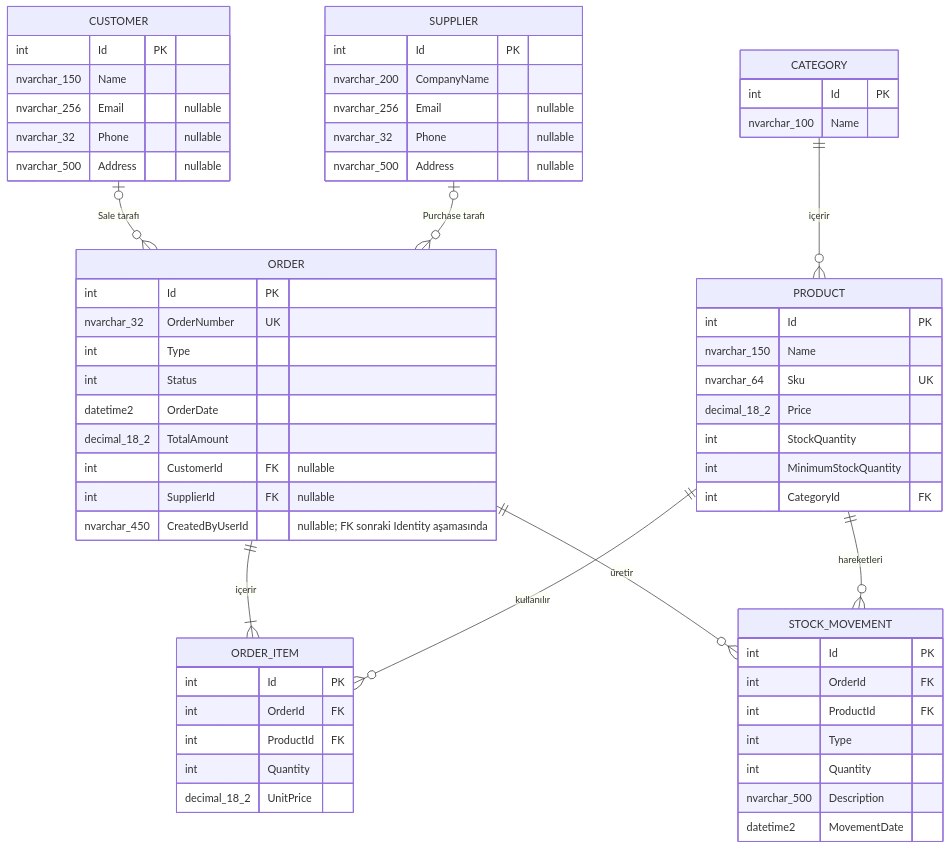
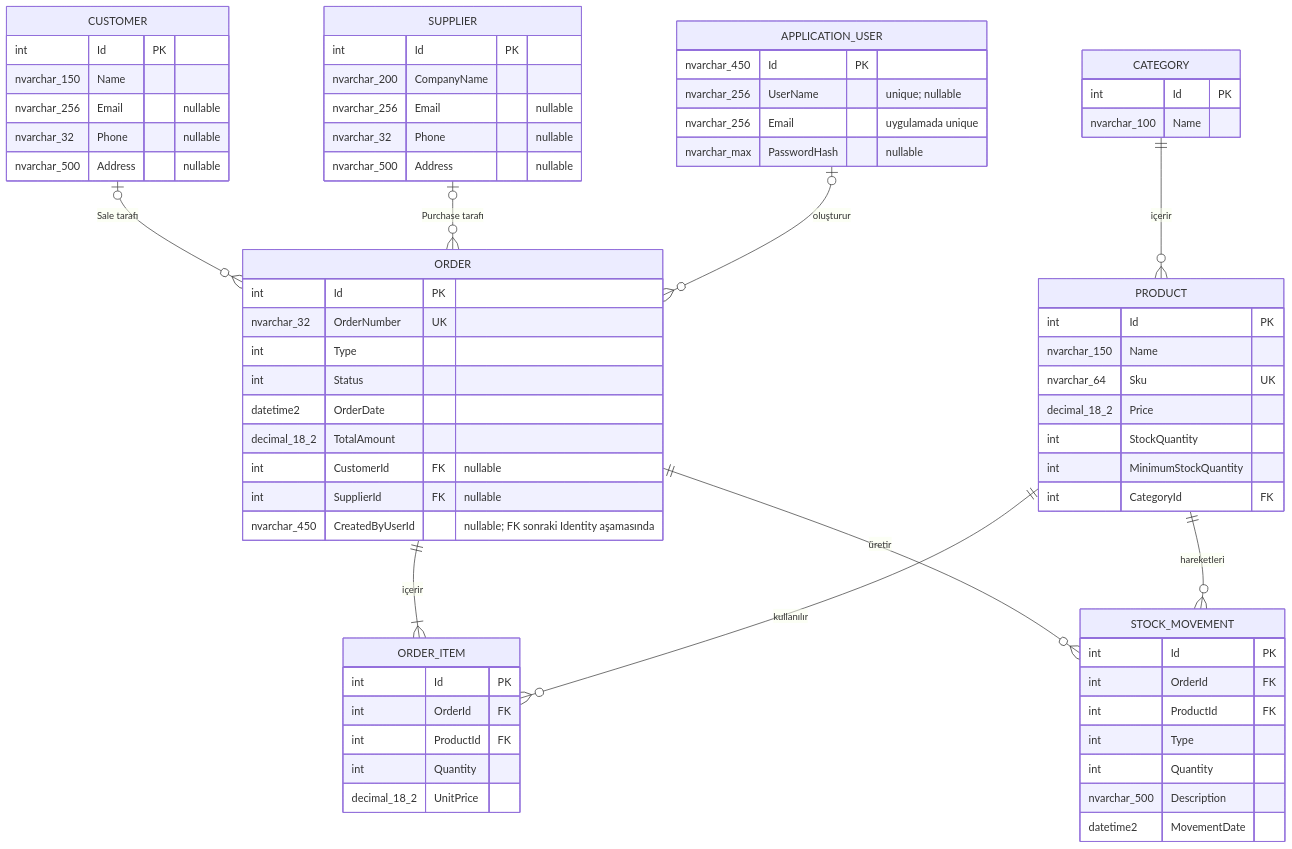
Before and after one commit to otahacakirci/StockFlow: the diagram in docs/database-schema.md, drawn with Mermaid. The commit also changed other lines of this file and 25 other files, not shown here.

````diff
--- a/docs/database-schema.md
+++ b/docs/database-schema.md
@@ -30,65 +30,72 @@
 ```mermaid
 erDiagram
     CATEGORY ||--o{ PRODUCT : içerir
     CUSTOMER o|--o{ ORDER : "Sale tarafı"
     SUPPLIER o|--o{ ORDER : "Purchase tarafı"
     ORDER ||--|{ ORDER_ITEM : içerir
     PRODUCT ||--o{ ORDER_ITEM : kullanılır
     ORDER ||--o{ STOCK_MOVEMENT : üretir
     PRODUCT ||--o{ STOCK_MOVEMENT : hareketleri
+    APPLICATION_USER o|--o{ ORDER : oluşturur
 
     CATEGORY {
         int Id PK
         nvarchar_100 Name
     }
     PRODUCT {
         int Id PK
         nvarchar_150 Name
         nvarchar_64 Sku UK
         decimal_18_2 Price
         int StockQuantity
         int MinimumStockQuantity
         int CategoryId FK
     }
     CUSTOMER {
         int Id PK
         nvarchar_150 Name
         nvarchar_256 Email "nullable"
         nvarchar_32 Phone "nullable"
         nvarchar_500 Address "nullable"
     }
     SUPPLIER {
         int Id PK
         nvarchar_200 CompanyName
         nvarchar_256 Email "nullable"
         nvarchar_32 Phone "nullable"
         nvarchar_500 Address "nullable"
     }
     ORDER {
         int Id PK
         nvarchar_32 OrderNumber UK
         int Type
         int Status
         datetime2 OrderDate
         decimal_18_2 TotalAmount
         int CustomerId FK "nullable"
         int SupplierId FK "nullable"
         nvarchar_450 CreatedByUserId "nullable; FK sonraki Identity aşamasında"
     }
     ORDER_ITEM {
         int Id PK
         int OrderId FK
         int ProductId FK
         int Quantity
         decimal_18_2 UnitPrice
     }
     STOCK_MOVEMENT {
         int Id PK
         int OrderId FK
         int ProductId FK
         int Type
         int Quantity
         nvarchar_500 Description
         datetime2 MovementDate
     }
+    APPLICATION_USER {
+        nvarchar_450 Id PK
+        nvarchar_256 UserName "unique; nullable"
+        nvarchar_256 Email "uygulamada unique"
+        nvarchar_max PasswordHash "nullable"
+    }
 ```
````
